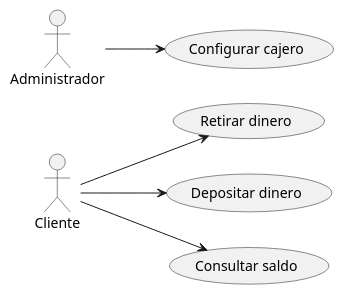
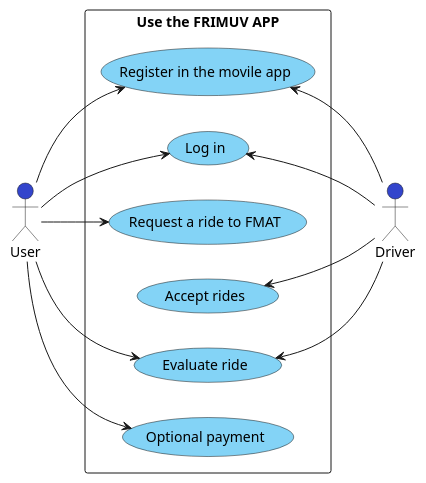
The diagram in Proyecto/PRIMERA ENTREGA DE PROYECTO/use cases.md (SAUL-CASANOVA/EQUIPO-4), drawn with PlantUML before and after one commit. The commit also changed 7 other files, not shown here.

```diff
--- a/Proyecto/PRIMERA ENTREGA DE PROYECTO/use cases.md
+++ b/Proyecto/PRIMERA ENTREGA DE PROYECTO/use cases.md
@@ -1,16 +1,27 @@
 @startuml
 left to right direction
 
-actor Cliente
-actor Administrador
+actor User #3345ccff
+actor Driver #3345ccff
 
-usecase "Retirar dinero" as UC1
-usecase "Depositar dinero" as UC2
-usecase "Consultar saldo" as UC3
-usecase "Configurar cajero" as UC4
+rectangle "Use the FRIMUV APP"{
+usecase "Register in the movile app" as UC1 #83d3f6
+usecase "Log in" as UC2 #83d3f6
+usecase "Request a ride to FMAT" as UC3 #83d3f6
+usecase "Accept rides" as UC4 #83d3f6
+usecase "Evaluate ride" as UC5 #83d3f6
+usecase "Optional payment" as UC6 #83d3f6
 
-Cliente --> UC1
-Cliente --> UC2
-Cliente --> UC3
-Administrador --> UC4
+User --> UC1
+User--> UC2
+User --> UC3
+User --> UC5
+User --> UC6
+UC1 <-- Driver
+UC2 <-- Driver
+UC4 <-- Driver
+UC5 <-- Driver
+
+}
+
 @enduml
```
